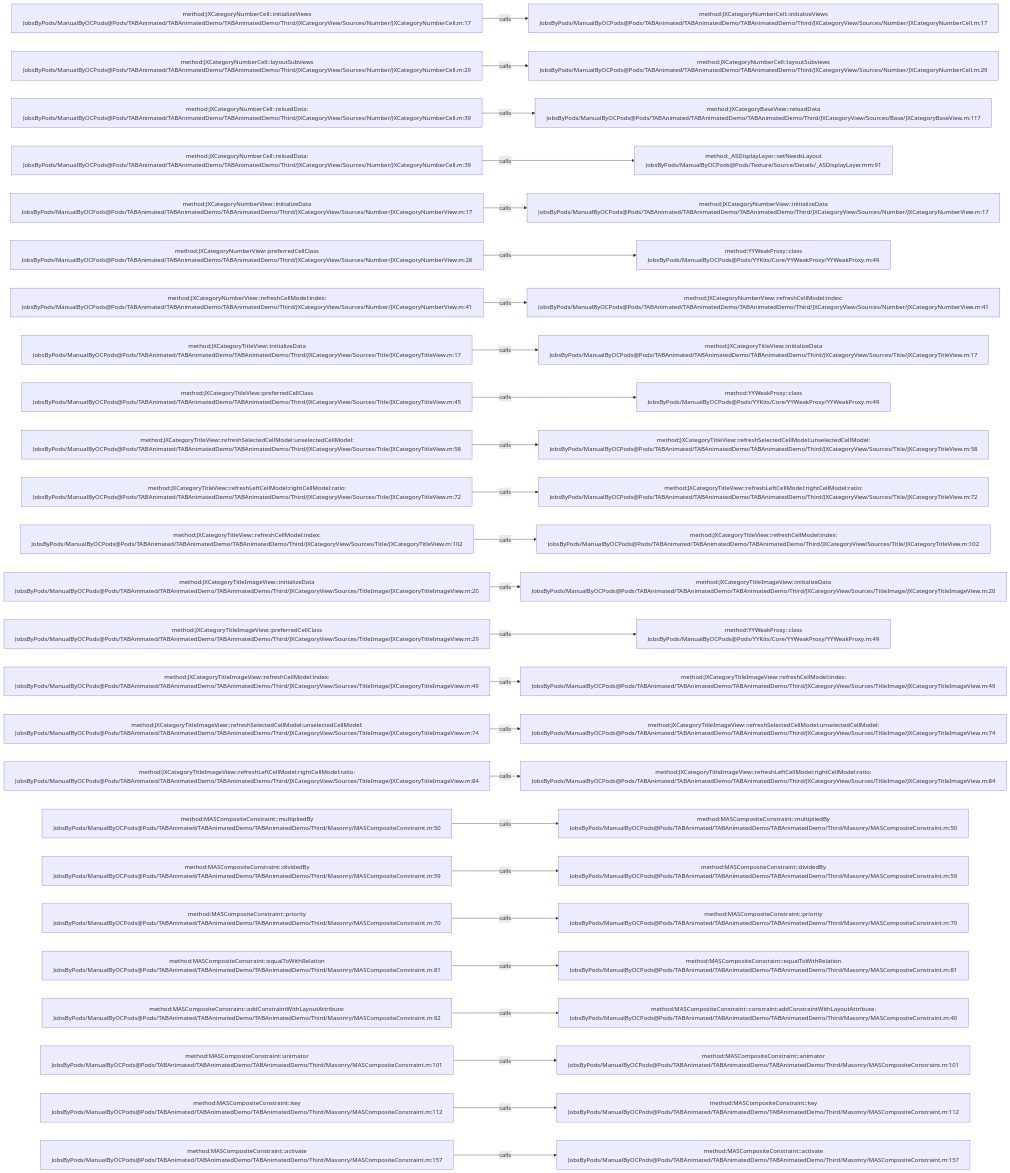
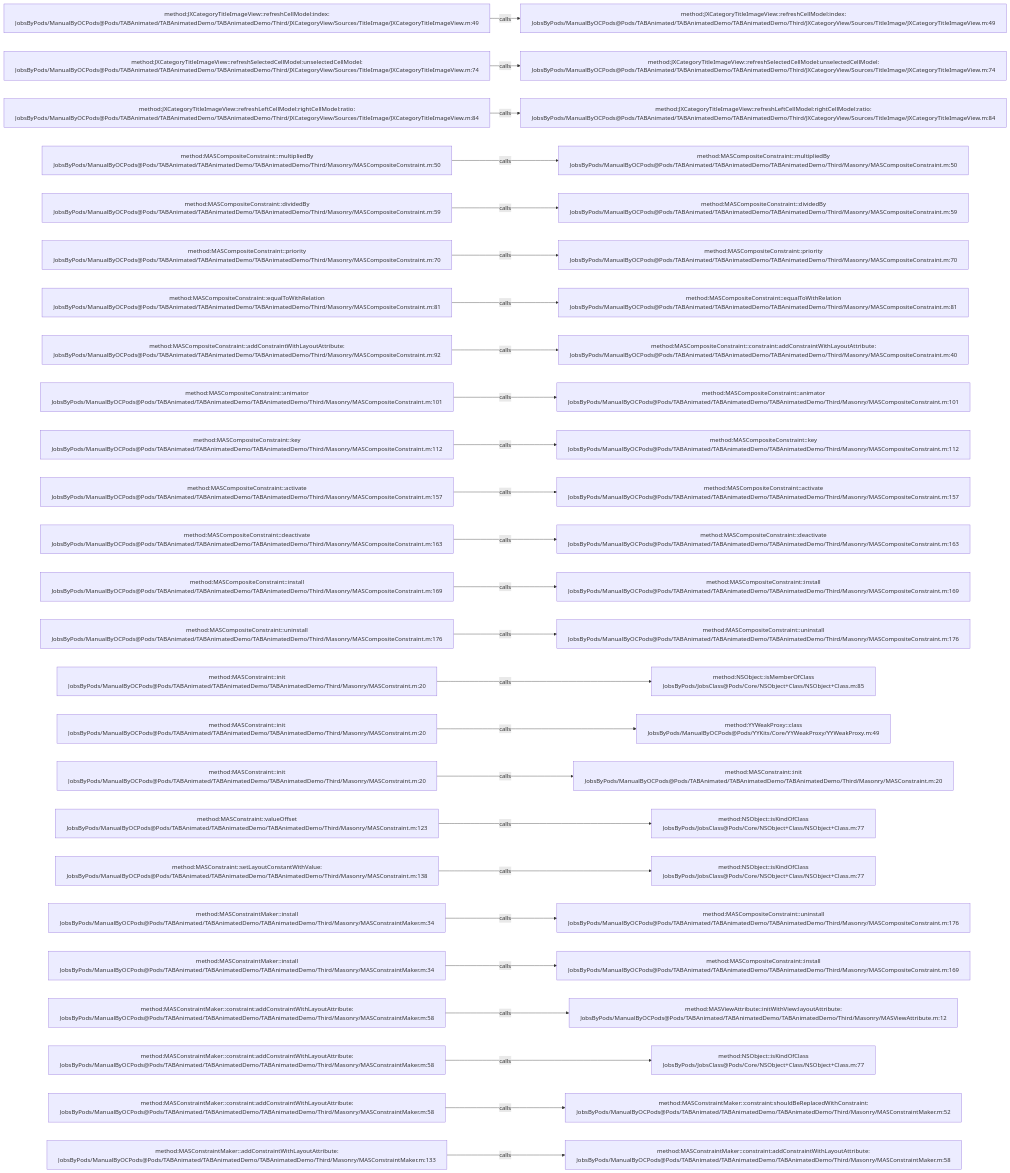
Before and after one commit to JobsKits/JobsOCBaseConfigDemo: the diagram in .codegraph/codegraph.md/graphs/calls-045.md, drawn with Mermaid. The commit also changed 296 other files, not shown here.

````diff
--- a/.codegraph/codegraph.md/graphs/calls-045.md
+++ b/.codegraph/codegraph.md/graphs/calls-045.md
@@ -13,78 +13,78 @@
 ```mermaid
 flowchart LR
-  S1["method:JXCategoryNumberCell::initializeViews<br/>JobsByPods/ManualByOCPods@Pods/TABAnimated/TABAnimatedDemo/TABAnimatedDemo/Third/JXCategoryView/Sources/Number/JXCategoryNumberCell.m:17"]
-  T1["method:JXCategoryNumberCell::initializeViews<br/>JobsByPods/ManualByOCPods@Pods/TABAnimated/TABAnimatedDemo/TABAnimatedDemo/Third/JXCategoryView/Sources/Number/JXCategoryNumberCell.m:17"]
+  S1["method:JXCategoryTitleImageView::refreshCellModel:index:<br/>JobsByPods/ManualByOCPods@Pods/TABAnimated/TABAnimatedDemo/TABAnimatedDemo/Third/JXCategoryView/Sources/TitleImage/JXCategoryTitleImageView.m:49"]
+  T1["method:JXCategoryTitleImageView::refreshCellModel:index:<br/>JobsByPods/ManualByOCPods@Pods/TABAnimated/TABAnimatedDemo/TABAnimatedDemo/Third/JXCategoryView/Sources/TitleImage/JXCategoryTitleImageView.m:49"]
   S1 -->|calls| T1
-  S2["method:JXCategoryNumberCell::layoutSubviews<br/>JobsByPods/ManualByOCPods@Pods/TABAnimated/TABAnimatedDemo/TABAnimatedDemo/Third/JXCategoryView/Sources/Number/JXCategoryNumberCell.m:29"]
-  T2["method:JXCategoryNumberCell::layoutSubviews<br/>JobsByPods/ManualByOCPods@Pods/TABAnimated/TABAnimatedDemo/TABAnimatedDemo/Third/JXCategoryView/Sources/Number/JXCategoryNumberCell.m:29"]
+  S2["method:JXCategoryTitleImageView::refreshSelectedCellModel:unselectedCellModel:<br/>JobsByPods/ManualByOCPods@Pods/TABAnimated/TABAnimatedDemo/TABAnimatedDemo/Third/JXCategoryView/Sources/TitleImage/JXCategoryTitleImageView.m:74"]
+  T2["method:JXCategoryTitleImageView::refreshSelectedCellModel:unselectedCellModel:<br/>JobsByPods/ManualByOCPods@Pods/TABAnimated/TABAnimatedDemo/TABAnimatedDemo/Third/JXCategoryView/Sources/TitleImage/JXCategoryTitleImageView.m:74"]
   S2 -->|calls| T2
-  S3["method:JXCategoryNumberCell::reloadData:<br/>JobsByPods/ManualByOCPods@Pods/TABAnimated/TABAnimatedDemo/TABAnimatedDemo/Third/JXCategoryView/Sources/Number/JXCategoryNumberCell.m:39"]
-  T3["method:JXCategoryBaseView::reloadData<br/>JobsByPods/ManualByOCPods@Pods/TABAnimated/TABAnimatedDemo/TABAnimatedDemo/Third/JXCategoryView/Sources/Base/JXCategoryBaseView.m:117"]
+  S3["method:JXCategoryTitleImageView::refreshLeftCellModel:rightCellModel:ratio:<br/>JobsByPods/ManualByOCPods@Pods/TABAnimated/TABAnimatedDemo/TABAnimatedDemo/Third/JXCategoryView/Sources/TitleImage/JXCategoryTitleImageView.m:84"]
+  T3["method:JXCategoryTitleImageView::refreshLeftCellModel:rightCellModel:ratio:<br/>JobsByPods/ManualByOCPods@Pods/TABAnimated/TABAnimatedDemo/TABAnimatedDemo/Third/JXCategoryView/Sources/TitleImage/JXCategoryTitleImageView.m:84"]
   S3 -->|calls| T3
-  S4["method:JXCategoryNumberCell::reloadData:<br/>JobsByPods/ManualByOCPods@Pods/TABAnimated/TABAnimatedDemo/TABAnimatedDemo/Third/JXCategoryView/Sources/Number/JXCategoryNumberCell.m:39"]
-  T4["method:_ASDisplayLayer::setNeedsLayout<br/>JobsByPods/ManualByOCPods@Pods/Texture/Source/Details/_ASDisplayLayer.mm:91"]
+  S4["method:MASCompositeConstraint::multipliedBy<br/>JobsByPods/ManualByOCPods@Pods/TABAnimated/TABAnimatedDemo/TABAnimatedDemo/Third/Masonry/MASCompositeConstraint.m:50"]
+  T4["method:MASCompositeConstraint::multipliedBy<br/>JobsByPods/ManualByOCPods@Pods/TABAnimated/TABAnimatedDemo/TABAnimatedDemo/Third/Masonry/MASCompositeConstraint.m:50"]
   S4 -->|calls| T4
-  S5["method:JXCategoryNumberView::initializeData<br/>JobsByPods/ManualByOCPods@Pods/TABAnimated/TABAnimatedDemo/TABAnimatedDemo/Third/JXCategoryView/Sources/Number/JXCategoryNumberView.m:17"]
-  T5["method:JXCategoryNumberView::initializeData<br/>JobsByPods/ManualByOCPods@Pods/TABAnimated/TABAnimatedDemo/TABAnimatedDemo/Third/JXCategoryView/Sources/Number/JXCategoryNumberView.m:17"]
+  S5["method:MASCompositeConstraint::dividedBy<br/>JobsByPods/ManualByOCPods@Pods/TABAnimated/TABAnimatedDemo/TABAnimatedDemo/Third/Masonry/MASCompositeConstraint.m:59"]
+  T5["method:MASCompositeConstraint::dividedBy<br/>JobsByPods/ManualByOCPods@Pods/TABAnimated/TABAnimatedDemo/TABAnimatedDemo/Third/Masonry/MASCompositeConstraint.m:59"]
   S5 -->|calls| T5
-  S6["method:JXCategoryNumberView::preferredCellClass<br/>JobsByPods/ManualByOCPods@Pods/TABAnimated/TABAnimatedDemo/TABAnimatedDemo/Third/JXCategoryView/Sources/Number/JXCategoryNumberView.m:28"]
-  T6["method:YYWeakProxy::class<br/>JobsByPods/ManualByOCPods@Pods/YYKits/Core/YYWeakProxy/YYWeakProxy.m:49"]
+  S6["method:MASCompositeConstraint::priority<br/>JobsByPods/ManualByOCPods@Pods/TABAnimated/TABAnimatedDemo/TABAnimatedDemo/Third/Masonry/MASCompositeConstraint.m:70"]
+  T6["method:MASCompositeConstraint::priority<br/>JobsByPods/ManualByOCPods@Pods/TABAnimated/TABAnimatedDemo/TABAnimatedDemo/Third/Masonry/MASCompositeConstraint.m:70"]
   S6 -->|calls| T6
-  S7["method:JXCategoryNumberView::refreshCellModel:index:<br/>JobsByPods/ManualByOCPods@Pods/TABAnimated/TABAnimatedDemo/TABAnimatedDemo/Third/JXCategoryView/Sources/Number/JXCategoryNumberView.m:41"]
-  T7["method:JXCategoryNumberView::refreshCellModel:index:<br/>JobsByPods/ManualByOCPods@Pods/TABAnimated/TABAnimatedDemo/TABAnimatedDemo/Third/JXCategoryView/Sources/Number/JXCategoryNumberView.m:41"]
+  S7["method:MASCompositeConstraint::equalToWithRelation<br/>JobsByPods/ManualByOCPods@Pods/TABAnimated/TABAnimatedDemo/TABAnimatedDemo/Third/Masonry/MASCompositeConstraint.m:81"]
+  T7["method:MASCompositeConstraint::equalToWithRelation<br/>JobsByPods/ManualByOCPods@Pods/TABAnimated/TABAnimatedDemo/TABAnimatedDemo/Third/Masonry/MASCompositeConstraint.m:81"]
   S7 -->|calls| T7
-  S8["method:JXCategoryTitleView::initializeData<br/>JobsByPods/ManualByOCPods@Pods/TABAnimated/TABAnimatedDemo/TABAnimatedDemo/Third/JXCategoryView/Sources/Title/JXCategoryTitleView.m:17"]
-  T8["method:JXCategoryTitleView::initializeData<br/>JobsByPods/ManualByOCPods@Pods/TABAnimated/TABAnimatedDemo/TABAnimatedDemo/Third/JXCategoryView/Sources/Title/JXCategoryTitleView.m:17"]
+  S8["method:MASCompositeConstraint::addConstraintWithLayoutAttribute:<br/>JobsByPods/ManualByOCPods@Pods/TABAnimated/TABAnimatedDemo/TABAnimatedDemo/Third/Masonry/MASCompositeConstraint.m:92"]
+  T8["method:MASCompositeConstraint::constraint:addConstraintWithLayoutAttribute:<br/>JobsByPods/ManualByOCPods@Pods/TABAnimated/TABAnimatedDemo/TABAnimatedDemo/Third/Masonry/MASCompositeConstraint.m:40"]
   S8 -->|calls| T8
-  S9["method:JXCategoryTitleView::preferredCellClass<br/>JobsByPods/ManualByOCPods@Pods/TABAnimated/TABAnimatedDemo/TABAnimatedDemo/Third/JXCategoryView/Sources/Title/JXCategoryTitleView.m:45"]
-  T9["method:YYWeakProxy::class<br/>JobsByPods/ManualByOCPods@Pods/YYKits/Core/YYWeakProxy/YYWeakProxy.m:49"]
+  S9["method:MASCompositeConstraint::animator<br/>JobsByPods/ManualByOCPods@Pods/TABAnimated/TABAnimatedDemo/TABAnimatedDemo/Third/Masonry/MASCompositeConstraint.m:101"]
+  T9["method:MASCompositeConstraint::animator<br/>JobsByPods/ManualByOCPods@Pods/TABAnimated/TABAnimatedDemo/TABAnimatedDemo/Third/Masonry/MASCompositeConstraint.m:101"]
   S9 -->|calls| T9
-  S10["method:JXCategoryTitleView::refreshSelectedCellModel:unselectedCellModel:<br/>JobsByPods/ManualByOCPods@Pods/TABAnimated/TABAnimatedDemo/TABAnimatedDemo/Third/JXCategoryView/Sources/Title/JXCategoryTitleView.m:58"]
-  T10["method:JXCategoryTitleView::refreshSelectedCellModel:unselectedCellModel:<br/>JobsByPods/ManualByOCPods@Pods/TABAnimated/TABAnimatedDemo/TABAnimatedDemo/Third/JXCategoryView/Sources/Title/JXCategoryTitleView.m:58"]
+  S10["method:MASCompositeConstraint::key<br/>JobsByPods/ManualByOCPods@Pods/TABAnimated/TABAnimatedDemo/TABAnimatedDemo/Third/Masonry/MASCompositeConstraint.m:112"]
+  T10["method:MASCompositeConstraint::key<br/>JobsByPods/ManualByOCPods@Pods/TABAnimated/TABAnimatedDemo/TABAnimatedDemo/Third/Masonry/MASCompositeConstraint.m:112"]
   S10 -->|calls| T10
-  S11["method:JXCategoryTitleView::refreshLeftCellModel:rightCellModel:ratio:<br/>JobsByPods/ManualByOCPods@Pods/TABAnimated/TABAnimatedDemo/TABAnimatedDemo/Third/JXCategoryView/Sources/Title/JXCategoryTitleView.m:72"]
-  T11["method:JXCategoryTitleView::refreshLeftCellModel:rightCellModel:ratio:<br/>JobsByPods/ManualByOCPods@Pods/TABAnimated/TABAnimatedDemo/TABAnimatedDemo/Third/JXCategoryView/Sources/Title/JXCategoryTitleView.m:72"]
+  S11["method:MASCompositeConstraint::activate<br/>JobsByPods/ManualByOCPods@Pods/TABAnimated/TABAnimatedDemo/TABAnimatedDemo/Third/Masonry/MASCompositeConstraint.m:157"]
+  T11["method:MASCompositeConstraint::activate<br/>JobsByPods/ManualByOCPods@Pods/TABAnimated/TABAnimatedDemo/TABAnimatedDemo/Third/Masonry/MASCompositeConstraint.m:157"]
   S11 -->|calls| T11
-  S12["method:JXCategoryTitleView::refreshCellModel:index:<br/>JobsByPods/ManualByOCPods@Pods/TABAnimated/TABAnimatedDemo/TABAnimatedDemo/Third/JXCategoryView/Sources/Title/JXCategoryTitleView.m:102"]
-  T12["method:JXCategoryTitleView::refreshCellModel:index:<br/>JobsByPods/ManualByOCPods@Pods/TABAnimated/TABAnimatedDemo/TABAnimatedDemo/Third/JXCategoryView/Sources/Title/JXCategoryTitleView.m:102"]
+  S12["method:MASCompositeConstraint::deactivate<br/>JobsByPods/ManualByOCPods@Pods/TABAnimated/TABAnimatedDemo/TABAnimatedDemo/Third/Masonry/MASCompositeConstraint.m:163"]
+  T12["method:MASCompositeConstraint::deactivate<br/>JobsByPods/ManualByOCPods@Pods/TABAnimated/TABAnimatedDemo/TABAnimatedDemo/Third/Masonry/MASCompositeConstraint.m:163"]
   S12 -->|calls| T12
-  S13["method:JXCategoryTitleImageView::initializeData<br/>JobsByPods/ManualByOCPods@Pods/TABAnimated/TABAnimatedDemo/TABAnimatedDemo/Third/JXCategoryView/Sources/TitleImage/JXCategoryTitleImageView.m:20"]
-  T13["method:JXCategoryTitleImageView::initializeData<br/>JobsByPods/ManualByOCPods@Pods/TABAnimated/TABAnimatedDemo/TABAnimatedDemo/Third/JXCategoryView/Sources/TitleImage/JXCategoryTitleImageView.m:20"]
+  S13["method:MASCompositeConstraint::install<br/>JobsByPods/ManualByOCPods@Pods/TABAnimated/TABAnimatedDemo/TABAnimatedDemo/Third/Masonry/MASCompositeConstraint.m:169"]
+  T13["method:MASCompositeConstraint::install<br/>JobsByPods/ManualByOCPods@Pods/TABAnimated/TABAnimatedDemo/TABAnimatedDemo/Third/Masonry/MASCompositeConstraint.m:169"]
   S13 -->|calls| T13
-  S14["method:JXCategoryTitleImageView::preferredCellClass<br/>JobsByPods/ManualByOCPods@Pods/TABAnimated/TABAnimatedDemo/TABAnimatedDemo/Third/JXCategoryView/Sources/TitleImage/JXCategoryTitleImageView.m:29"]
-  T14["method:YYWeakProxy::class<br/>JobsByPods/ManualByOCPods@Pods/YYKits/Core/YYWeakProxy/YYWeakProxy.m:49"]
+  S14["method:MASCompositeConstraint::uninstall<br/>JobsByPods/ManualByOCPods@Pods/TABAnimated/TABAnimatedDemo/TABAnimatedDemo/Third/Masonry/MASCompositeConstraint.m:176"]
+  T14["method:MASCompositeConstraint::uninstall<br/>JobsByPods/ManualByOCPods@Pods/TABAnimated/TABAnimatedDemo/TABAnimatedDemo/Third/Masonry/MASCompositeConstraint.m:176"]
   S14 -->|calls| T14
-  S15["method:JXCategoryTitleImageView::refreshCellModel:index:<br/>JobsByPods/ManualByOCPods@Pods/TABAnimated/TABAnimatedDemo/TABAnimatedDemo/Third/JXCategoryView/Sources/TitleImage/JXCategoryTitleImageView.m:49"]
-  T15["method:JXCategoryTitleImageView::refreshCellModel:index:<br/>JobsByPods/ManualByOCPods@Pods/TABAnimated/TABAnimatedDemo/TABAnimatedDemo/Third/JXCategoryView/Sources/TitleImage/JXCategoryTitleImageView.m:49"]
+  S15["method:MASConstraint::init<br/>JobsByPods/ManualByOCPods@Pods/TABAnimated/TABAnimatedDemo/TABAnimatedDemo/Third/Masonry/MASConstraint.m:20"]
+  T15["method:NSObject::isMemberOfClass<br/>JobsByPods/JobsClass@Pods/Core/NSObject+Class/NSObject+Class.m:85"]
   S15 -->|calls| T15
-  S16["method:JXCategoryTitleImageView::refreshSelectedCellModel:unselectedCellModel:<br/>JobsByPods/ManualByOCPods@Pods/TABAnimated/TABAnimatedDemo/TABAnimatedDemo/Third/JXCategoryView/Sources/TitleImage/JXCategoryTitleImageView.m:74"]
-  T16["method:JXCategoryTitleImageView::refreshSelectedCellModel:unselectedCellModel:<br/>JobsByPods/ManualByOCPods@Pods/TABAnimated/TABAnimatedDemo/TABAnimatedDemo/Third/JXCategoryView/Sources/TitleImage/JXCategoryTitleImageView.m:74"]
+  S16["method:MASConstraint::init<br/>JobsByPods/ManualByOCPods@Pods/TABAnimated/TABAnimatedDemo/TABAnimatedDemo/Third/Masonry/MASConstraint.m:20"]
+  T16["method:YYWeakProxy::class<br/>JobsByPods/ManualByOCPods@Pods/YYKits/Core/YYWeakProxy/YYWeakProxy.m:49"]
   S16 -->|calls| T16
-  S17["method:JXCategoryTitleImageView::refreshLeftCellModel:rightCellModel:ratio:<br/>JobsByPods/ManualByOCPods@Pods/TABAnimated/TABAnimatedDemo/TABAnimatedDemo/Third/JXCategoryView/Sources/TitleImage/JXCategoryTitleImageView.m:84"]
-  T17["method:JXCategoryTitleImageView::refreshLeftCellModel:rightCellModel:ratio:<br/>JobsByPods/ManualByOCPods@Pods/TABAnimated/TABAnimatedDemo/TABAnimatedDemo/Third/JXCategoryView/Sources/TitleImage/JXCategoryTitleImageView.m:84"]
+  S17["method:MASConstraint::init<br/>JobsByPods/ManualByOCPods@Pods/TABAnimated/TABAnimatedDemo/TABAnimatedDemo/Third/Masonry/MASConstraint.m:20"]
+  T17["method:MASConstraint::init<br/>JobsByPods/ManualByOCPods@Pods/TABAnimated/TABAnimatedDemo/TABAnimatedDemo/Third/Masonry/MASConstraint.m:20"]
   S17 -->|calls| T17
-  S18["method:MASCompositeConstraint::multipliedBy<br/>JobsByPods/ManualByOCPods@Pods/TABAnimated/TABAnimatedDemo/TABAnimatedDemo/Third/Masonry/MASCompositeConstraint.m:50"]
-  T18["method:MASCompositeConstraint::multipliedBy<br/>JobsByPods/ManualByOCPods@Pods/TABAnimated/TABAnimatedDemo/TABAnimatedDemo/Third/Masonry/MASCompositeConstraint.m:50"]
+  S18["method:MASConstraint::valueOffset<br/>JobsByPods/ManualByOCPods@Pods/TABAnimated/TABAnimatedDemo/TABAnimatedDemo/Third/Masonry/MASConstraint.m:123"]
+  T18["method:NSObject::isKindOfClass<br/>JobsByPods/JobsClass@Pods/Core/NSObject+Class/NSObject+Class.m:77"]
   S18 -->|calls| T18
-  S19["method:MASCompositeConstraint::dividedBy<br/>JobsByPods/ManualByOCPods@Pods/TABAnimated/TABAnimatedDemo/TABAnimatedDemo/Third/Masonry/MASCompositeConstraint.m:59"]
-  T19["method:MASCompositeConstraint::dividedBy<br/>JobsByPods/ManualByOCPods@Pods/TABAnimated/TABAnimatedDemo/TABAnimatedDemo/Third/Masonry/MASCompositeConstraint.m:59"]
+  S19["method:MASConstraint::setLayoutConstantWithValue:<br/>JobsByPods/ManualByOCPods@Pods/TABAnimated/TABAnimatedDemo/TABAnimatedDemo/Third/Masonry/MASConstraint.m:138"]
+  T19["method:NSObject::isKindOfClass<br/>JobsByPods/JobsClass@Pods/Core/NSObject+Class/NSObject+Class.m:77"]
   S19 -->|calls| T19
-  S20["method:MASCompositeConstraint::priority<br/>JobsByPods/ManualByOCPods@Pods/TABAnimated/TABAnimatedDemo/TABAnimatedDemo/Third/Masonry/MASCompositeConstraint.m:70"]
-  T20["method:MASCompositeConstraint::priority<br/>JobsByPods/ManualByOCPods@Pods/TABAnimated/TABAnimatedDemo/TABAnimatedDemo/Third/Masonry/MASCompositeConstraint.m:70"]
+  S20["method:MASConstraintMaker::install<br/>JobsByPods/ManualByOCPods@Pods/TABAnimated/TABAnimatedDemo/TABAnimatedDemo/Third/Masonry/MASConstraintMaker.m:34"]
+  T20["method:MASCompositeConstraint::uninstall<br/>JobsByPods/ManualByOCPods@Pods/TABAnimated/TABAnimatedDemo/TABAnimatedDemo/Third/Masonry/MASCompositeConstraint.m:176"]
   S20 -->|calls| T20
-  S21["method:MASCompositeConstraint::equalToWithRelation<br/>JobsByPods/ManualByOCPods@Pods/TABAnimated/TABAnimatedDemo/TABAnimatedDemo/Third/Masonry/MASCompositeConstraint.m:81"]
-  T21["method:MASCompositeConstraint::equalToWithRelation<br/>JobsByPods/ManualByOCPods@Pods/TABAnimated/TABAnimatedDemo/TABAnimatedDemo/Third/Masonry/MASCompositeConstraint.m:81"]
+  S21["method:MASConstraintMaker::install<br/>JobsByPods/ManualByOCPods@Pods/TABAnimated/TABAnimatedDemo/TABAnimatedDemo/Third/Masonry/MASConstraintMaker.m:34"]
+  T21["method:MASCompositeConstraint::install<br/>JobsByPods/ManualByOCPods@Pods/TABAnimated/TABAnimatedDemo/TABAnimatedDemo/Third/Masonry/MASCompositeConstraint.m:169"]
   S21 -->|calls| T21
-  S22["method:MASCompositeConstraint::addConstraintWithLayoutAttribute:<br/>JobsByPods/ManualByOCPods@Pods/TABAnimated/TABAnimatedDemo/TABAnimatedDemo/Third/Masonry/MASCompositeConstraint.m:92"]
-  T22["method:MASCompositeConstraint::constraint:addConstraintWithLayoutAttribute:<br/>JobsByPods/ManualByOCPods@Pods/TABAnimated/TABAnimatedDemo/TABAnimatedDemo/Third/Masonry/MASCompositeConstraint.m:40"]
+  S22["method:MASConstraintMaker::constraint:addConstraintWithLayoutAttribute:<br/>JobsByPods/ManualByOCPods@Pods/TABAnimated/TABAnimatedDemo/TABAnimatedDemo/Third/Masonry/MASConstraintMaker.m:58"]
+  T22["method:MASViewAttribute::initWithView:layoutAttribute:<br/>JobsByPods/ManualByOCPods@Pods/TABAnimated/TABAnimatedDemo/TABAnimatedDemo/Third/Masonry/MASViewAttribute.m:12"]
   S22 -->|calls| T22
-  S23["method:MASCompositeConstraint::animator<br/>JobsByPods/ManualByOCPods@Pods/TABAnimated/TABAnimatedDemo/TABAnimatedDemo/Third/Masonry/MASCompositeConstraint.m:101"]
-  T23["method:MASCompositeConstraint::animator<br/>JobsByPods/ManualByOCPods@Pods/TABAnimated/TABAnimatedDemo/TABAnimatedDemo/Third/Masonry/MASCompositeConstraint.m:101"]
+  S23["method:MASConstraintMaker::constraint:addConstraintWithLayoutAttribute:<br/>JobsByPods/ManualByOCPods@Pods/TABAnimated/TABAnimatedDemo/TABAnimatedDemo/Third/Masonry/MASConstraintMaker.m:58"]
+  T23["method:NSObject::isKindOfClass<br/>JobsByPods/JobsClass@Pods/Core/NSObject+Class/NSObject+Class.m:77"]
   S23 -->|calls| T23
-  S24["method:MASCompositeConstraint::key<br/>JobsByPods/ManualByOCPods@Pods/TABAnimated/TABAnimatedDemo/TABAnimatedDemo/Third/Masonry/MASCompositeConstraint.m:112"]
-  T24["method:MASCompositeConstraint::key<br/>JobsByPods/ManualByOCPods@Pods/TABAnimated/TABAnimatedDemo/TABAnimatedDemo/Third/Masonry/MASCompositeConstraint.m:112"]
+  S24["method:MASConstraintMaker::constraint:addConstraintWithLayoutAttribute:<br/>JobsByPods/ManualByOCPods@Pods/TABAnimated/TABAnimatedDemo/TABAnimatedDemo/Third/Masonry/MASConstraintMaker.m:58"]
+  T24["method:MASConstraintMaker::constraint:shouldBeReplacedWithConstraint:<br/>JobsByPods/ManualByOCPods@Pods/TABAnimated/TABAnimatedDemo/TABAnimatedDemo/Third/Masonry/MASConstraintMaker.m:52"]
   S24 -->|calls| T24
-  S25["method:MASCompositeConstraint::activate<br/>JobsByPods/ManualByOCPods@Pods/TABAnimated/TABAnimatedDemo/TABAnimatedDemo/Third/Masonry/MASCompositeConstraint.m:157"]
-  T25["method:MASCompositeConstraint::activate<br/>JobsByPods/ManualByOCPods@Pods/TABAnimated/TABAnimatedDemo/TABAnimatedDemo/Third/Masonry/MASCompositeConstraint.m:157"]
+  S25["method:MASConstraintMaker::addConstraintWithLayoutAttribute:<br/>JobsByPods/ManualByOCPods@Pods/TABAnimated/TABAnimatedDemo/TABAnimatedDemo/Third/Masonry/MASConstraintMaker.m:133"]
+  T25["method:MASConstraintMaker::constraint:addConstraintWithLayoutAttribute:<br/>JobsByPods/ManualByOCPods@Pods/TABAnimated/TABAnimatedDemo/TABAnimatedDemo/Third/Masonry/MASConstraintMaker.m:58"]
   S25 -->|calls| T25
 ```
````
